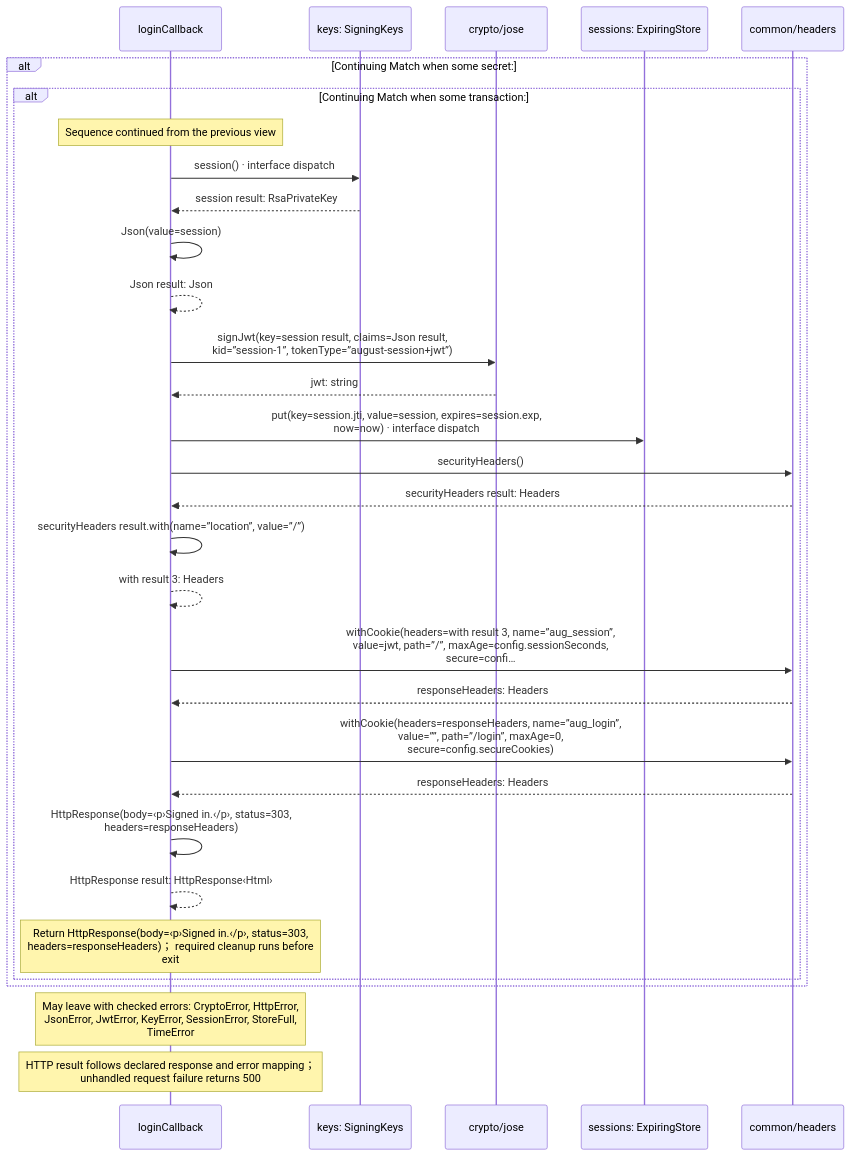
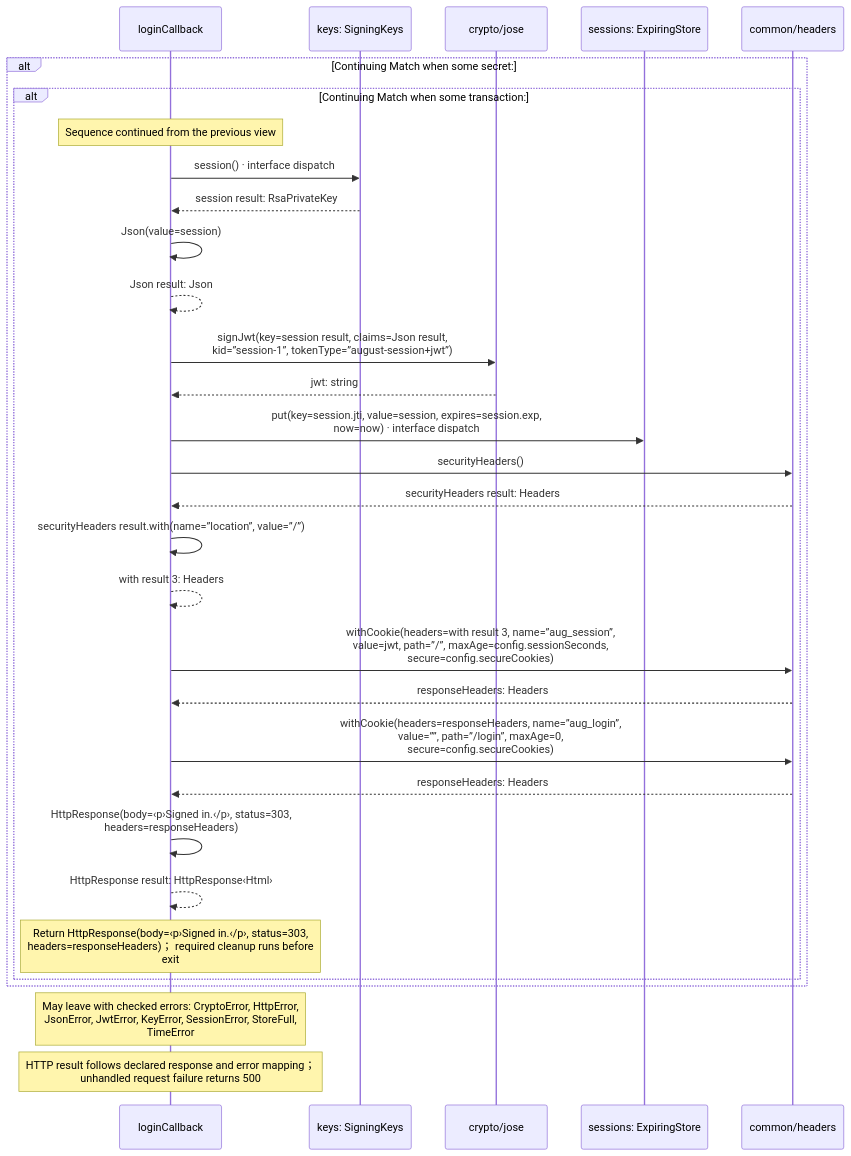
One commit to GreenPandaStudios/augscript changed diagram 13 of 13 in docs/examples/oidc-login/client/login-diagrams.md. Above: the diagram before and after it, drawn with Mermaid. The commit also changed other lines of this file and 658 other files, not shown here.

````diff
--- a/docs/examples/oidc-login/client/login-diagrams.md
+++ b/docs/examples/oidc-login/client/login-diagrams.md
@@ -375,33 +399,33 @@
 ```mermaid
 sequenceDiagram
     participant p0 as loginCallback
     participant p1 as keys: SigningKeys
     participant p2 as crypto/jose
     participant p3 as sessions: ExpiringStore
     participant p4 as common/headers
     alt Continuing Match when some secret:
     alt Continuing Match when some transaction:
     Note over p0: Sequence continued from the previous view
     p0->>p1: session() · interface dispatch
     p1-->>p0: session result: RsaPrivateKey
     p0->>p0: Json(value=session)
     p0-->>p0: Json result: Json
     p0->>p2: signJwt(key=session result, claims=Json result,<br/>kid=”session-1”, tokenType=”august-session+jwt”)
     p2-->>p0: jwt: string
     p0->>p3: put(key=session.jti, value=session, expires=session.exp,<br/>now=now) · interface dispatch
     p0->>p4: securityHeaders()
     p4-->>p0: securityHeaders result: Headers
     p0->>p0: securityHeaders result.with(name=”location”, value=”/”)
     p0-->>p0: with result 3: Headers
-    p0->>p4: withCookie(headers=with result 3, name=”aug_session”,<br/>value=jwt, path=”/”, maxAge=config.sessionSeconds,<br/>secure=confi…
+    p0->>p4: withCookie(headers=with result 3, name=”aug_session”,<br/>value=jwt, path=”/”, maxAge=config.sessionSeconds,<br/>secure=config.secureCookies)
     p4-->>p0: responseHeaders: Headers
     p0->>p4: withCookie(headers=responseHeaders, name=”aug_login”,<br/>value=””, path=”/login”, maxAge=0,<br/>secure=config.secureCookies)
     p4-->>p0: responseHeaders: Headers
     p0->>p0: HttpResponse(body=‹p›Signed in.‹/p›, status=303,<br/>headers=responseHeaders)
     p0-->>p0: HttpResponse result: HttpResponse‹Html›
     Note over p0: Return HttpResponse(body=‹p›Signed in.‹/p›, status=303,<br/>headers=responseHeaders)； required cleanup runs before<br/>exit
     end
     end
     Note over p0: May leave with checked errors: CryptoError, HttpError,<br/>JsonError, JwtError, KeyError, SessionError, StoreFull,<br/>TimeError
     Note over p0: HTTP result follows declared response and error mapping；<br/>unhandled request failure returns 500
 ```
````
